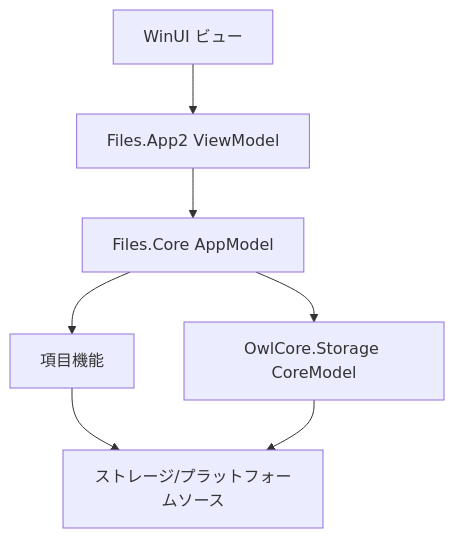
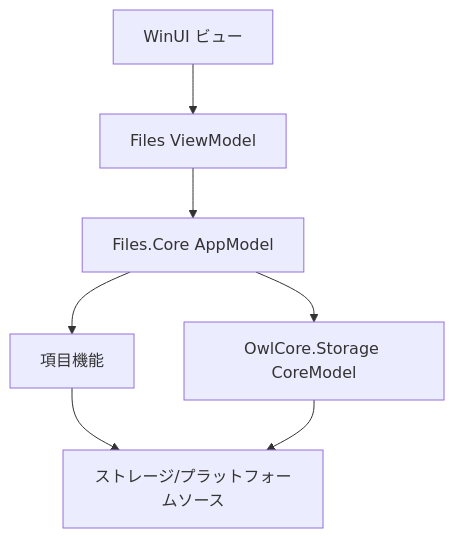
The first of 2 diagrams in docs/architecture/README.md (0x5bfa/Files), drawn with Mermaid before and after one commit. The commit also changed other lines of this file and 1185 other files, not shown here.

````diff
--- a/docs/architecture/README.md
+++ b/docs/architecture/README.md
@@ -8,16 +8,16 @@
 ```mermaid
 flowchart TB
     Views["WinUI ビュー"]
-    ViewModels["Files.App2 ViewModel"]
+    ViewModels["Files ViewModel"]
     AppModels["Files.Core AppModel"]
     ItemFeatures["項目機能"]
     CoreModels["OwlCore.Storage CoreModel"]
     Sources["ストレージ/プラットフォームソース"]
 
     Views --> ViewModels
     ViewModels --> AppModels
     AppModels --> ItemFeatures
     AppModels --> CoreModels
     ItemFeatures --> Sources
     CoreModels --> Sources
 ```
````
